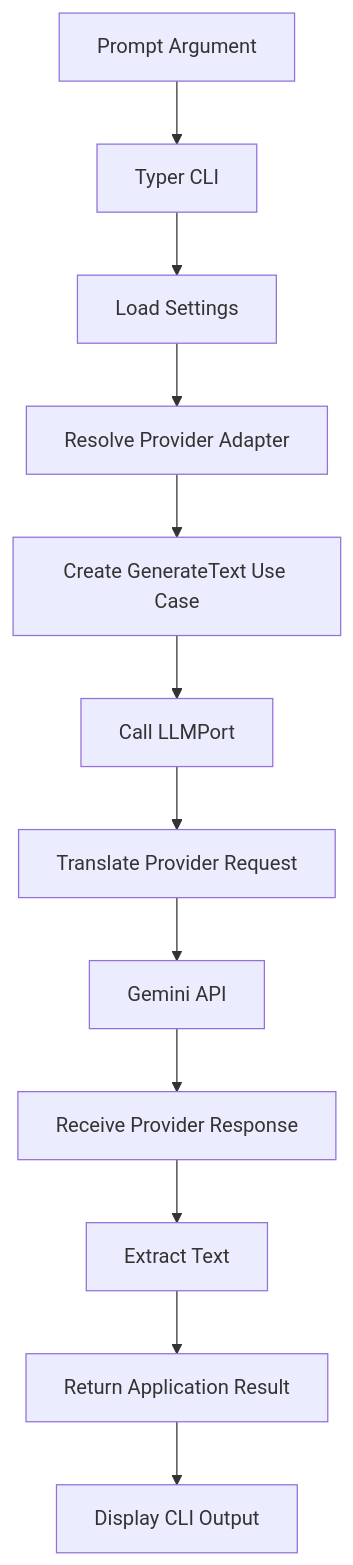
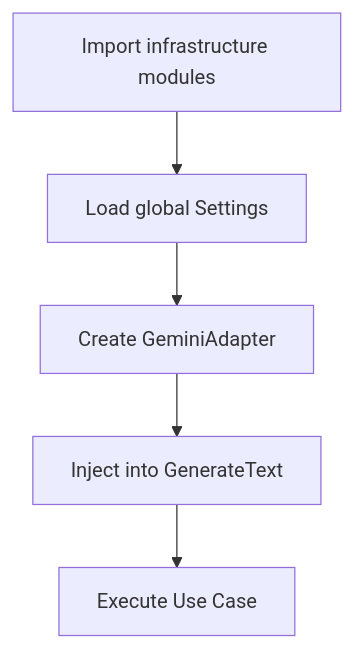
Before and after one commit to mzaid-dev/Bro_to_FAANG-exe: diagram 12 of 24 in 1_Bro_Became_AI_Engineer/01_Daily_Learning/Week_01/03_Provider_Adapter/Project/llm_gateway/docs/LLM_Gateway_Engineering_Project_Note.md, drawn with Mermaid. The commit also changed other lines of this file and 4 other files, not shown here.

````diff
--- a/1_Bro_Became_AI_Engineer/01_Daily_Learning/Week_01/03_Provider_Adapter/Project/llm_gateway/docs/LLM_Gateway_Engineering_Project_Note.md
+++ b/1_Bro_Became_AI_Engineer/01_Daily_Learning/Week_01/03_Provider_Adapter/Project/llm_gateway/docs/LLM_Gateway_Engineering_Project_Note.md
@@ -503,14 +478,7 @@
 ```mermaid
 flowchart TD
-    A["Prompt Argument"] --> B["Typer CLI"]
-    B --> C["Load Settings"]
-    C --> D["Resolve Provider Adapter"]
-    D --> E["Create GenerateText Use Case"]
-    E --> F["Call LLMPort"]
-    F --> G["Translate Provider Request"]
-    G --> H["Gemini API"]
-    H --> I["Receive Provider Response"]
-    I --> J["Extract Text"]
-    J --> K["Return Application Result"]
-    K --> L["Display CLI Output"]
+    IMPORT["Import infrastructure modules"] --> SETTINGS["Load global Settings"]
+    SETTINGS --> CREATE["Create GeminiAdapter"]
+    CREATE --> INJECT["Inject into GenerateText"]
+    INJECT --> EXECUTE["Execute Use Case"]
 ```
````
